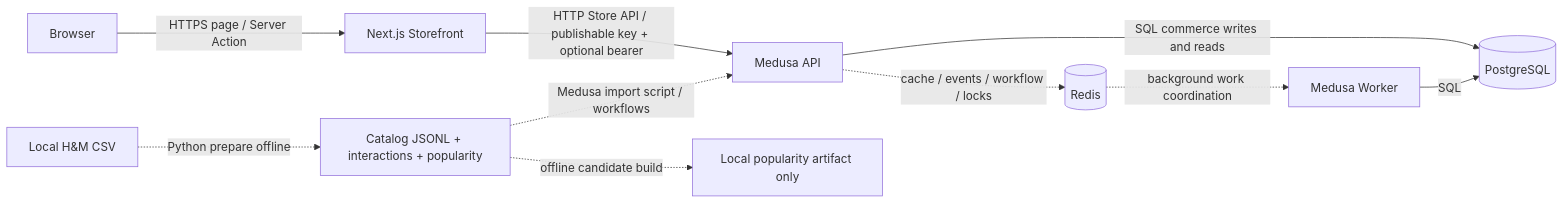
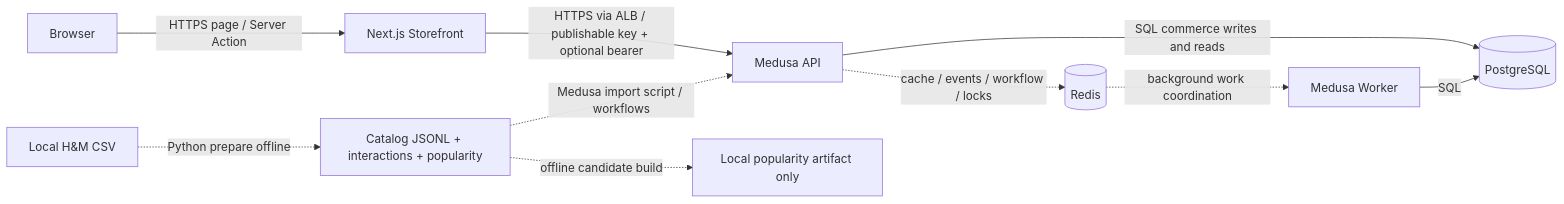
The third of 5 diagrams in docs/architecture/cloud-system-architecture.md (kieuquy283/EnterpriseE-commercePlatform), drawn with Mermaid before and after one commit. The commit also changed other lines of this file and 30 other files, not shown here.

Commit message:
docs: align cloud architecture and record deployment evidence

````diff
--- a/docs/architecture/cloud-system-architecture.md
+++ b/docs/architecture/cloud-system-architecture.md
@@ -93,12 +92,12 @@
 ```mermaid
 flowchart LR
     Browser[Browser] -->|HTTPS page / Server Action| Next[Next.js Storefront]
-    Next -->|HTTP Store API / publishable key + optional bearer| Medusa[Medusa API]
+    Next -->|HTTPS via ALB / publishable key + optional bearer| Medusa[Medusa API]
     Medusa -->|SQL commerce writes and reads| PG[(PostgreSQL)]
     Medusa -.->|cache / events / workflow / locks| Redis[(Redis)]
     Redis -.->|background work coordination| Worker[Medusa Worker]
     Worker -->|SQL| PG
     CSV[Local H&M CSV] -.->|Python prepare offline| Artifact[Catalog JSONL + interactions + popularity]
     Artifact -.->|Medusa import script / workflows| Medusa
     Artifact -.->|offline candidate build| Candidates[Local popularity artifact only]
 ```
````
